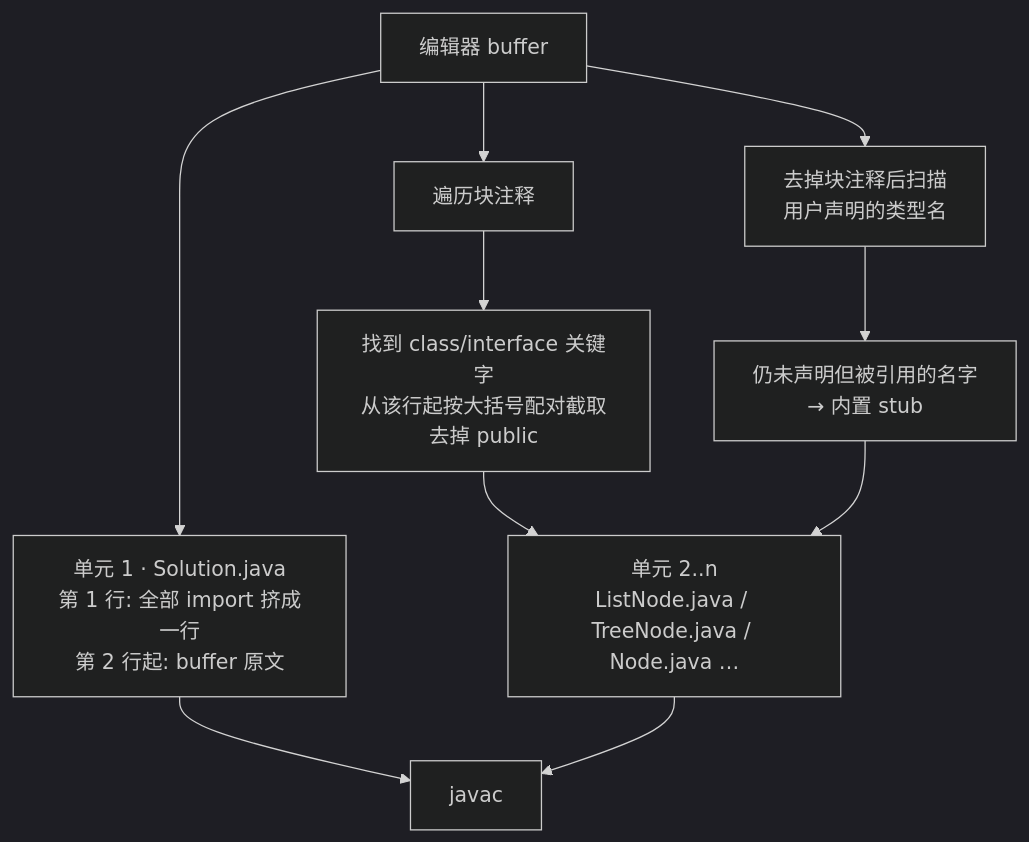
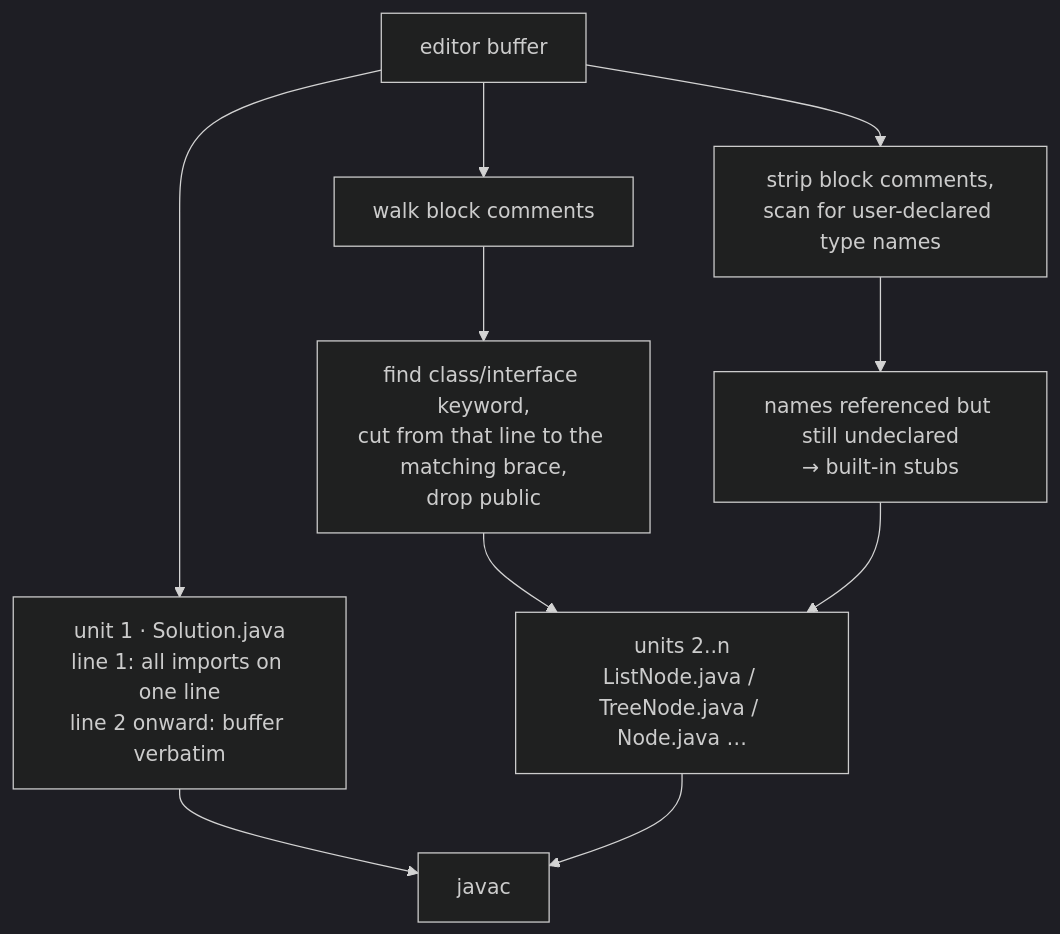
One commit to haotian-zz/lc-live changed the second of 5 diagrams in docs/DESIGN.md. Above: the diagram before and after it, drawn with Mermaid (dark theme). The commit also changed other lines of this file and 3 other files, not shown here.

````diff
--- a/docs/DESIGN.md
+++ b/docs/DESIGN.md
@@ -120,12 +122,12 @@
 ```mermaid
 flowchart TB
-    Buf["编辑器 buffer"] --> Strip["去掉块注释后扫描<br/>用户声明的类型名"]
-    Buf --> Comments["遍历块注释"]
-    Comments --> Extract["找到 class/interface 关键字<br/>从该行起按大括号配对截取<br/>去掉 public"]
-    Extract --> Units2["单元 2..n<br/>ListNode.java / TreeNode.java / Node.java …"]
-    Strip --> Stubs["仍未声明但被引用的名字<br/>→ 内置 stub"]
+    Buf["editor buffer"] --> Strip["strip block comments,<br/>scan for user-declared type names"]
+    Buf --> Comments["walk block comments"]
+    Comments --> Extract["find class/interface keyword,<br/>cut from that line to the matching brace,<br/>drop public"]
+    Extract --> Units2["units 2..n<br/>ListNode.java / TreeNode.java / Node.java …"]
+    Strip --> Stubs["names referenced but still undeclared<br/>→ built-in stubs"]
     Stubs --> Units2
-    Buf --> Main["单元 1 · Solution.java<br/>第 1 行: 全部 import 挤成一行<br/>第 2 行起: buffer 原文"]
+    Buf --> Main["unit 1 · Solution.java<br/>line 1: all imports on one line<br/>line 2 onward: buffer verbatim"]
     Main --> Javac["javac"]
     Units2 --> Javac
 ```
````
